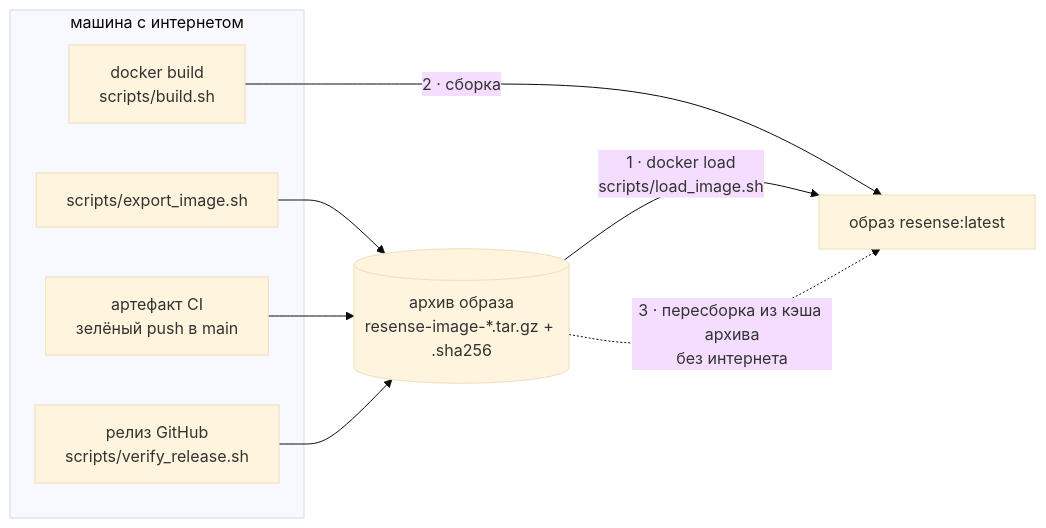
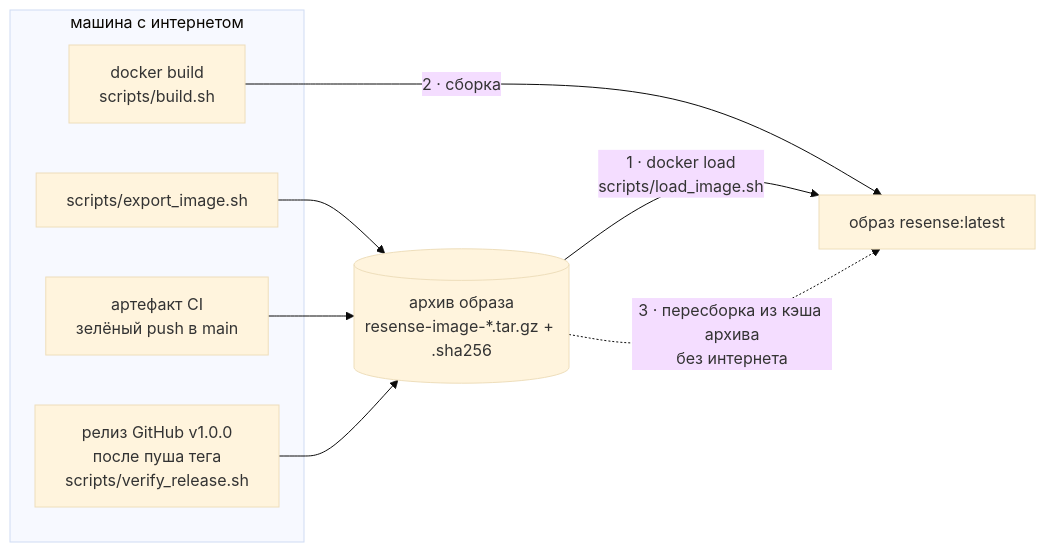
The diagram in gitbook/getting-started/get-the-image.md (pmixay/ReSense), drawn with Mermaid (base theme) before and after one commit. The commit also changed other lines of this file and 314 other files, not shown here.

````diff
--- a/gitbook/getting-started/get-the-image.md
+++ b/gitbook/getting-started/get-the-image.md
@@ -5,17 +5,17 @@
 ```mermaid
 flowchart LR
     subgraph NET["машина с интернетом"]
         BUILD["docker build<br/>scripts/build.sh"]
         EXP["scripts/export_image.sh"]
         CI["артефакт CI<br/>зелёный push в main"]
-        REL["релиз GitHub<br/>scripts/verify_release.sh"]
+        REL["релиз GitHub v1.0.0<br/>после пуша тега<br/>scripts/verify_release.sh"]
     end
     ARCH[("архив образа<br/>resense-image-*.tar.gz + .sha256")]
     IMG["образ resense:latest"]
     EXP --> ARCH
     CI --> ARCH
     REL --> ARCH
     ARCH -- "1 · docker load<br/>scripts/load_image.sh" --> IMG
     BUILD -- "2 · сборка" --> IMG
     ARCH -. "3 · пересборка из кэша архива<br/>без интернета" .-> IMG
 ```
````
